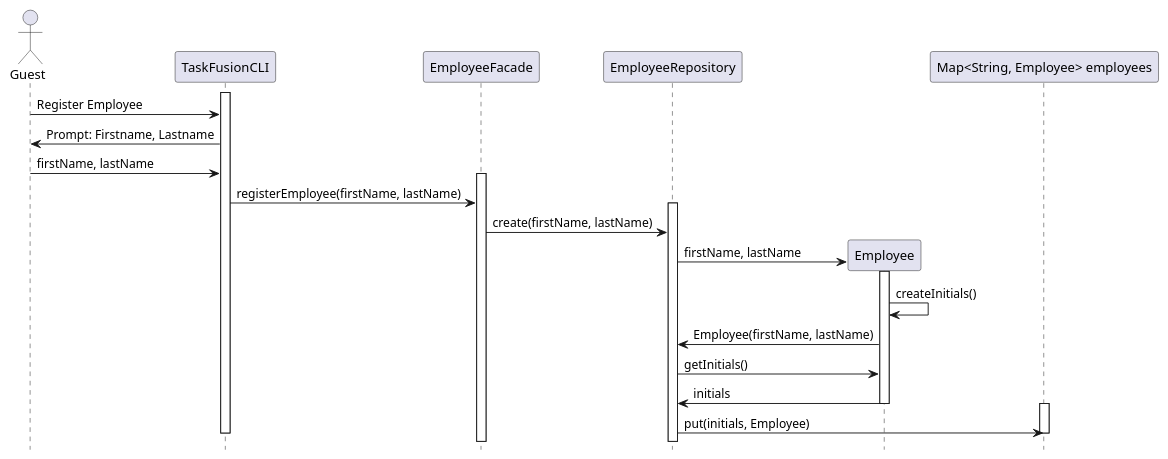
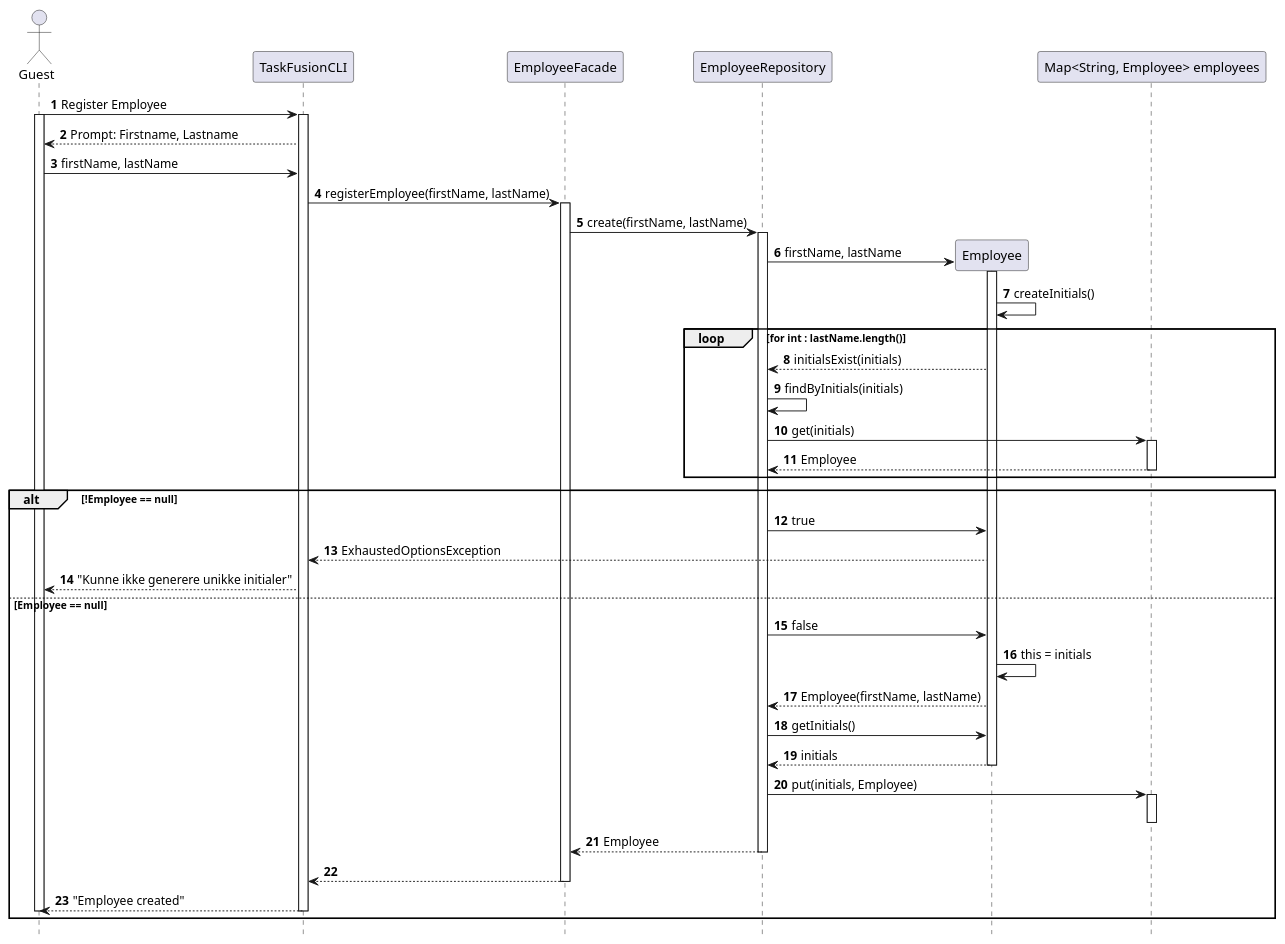
Before and after one commit to rwiuff/02161ExamProject: the diagram in RequirementsAndDesign/SequenceDiagrams/registerEmployee.puml, drawn with PlantUML. The commit also changed 5 other files, not shown here.

```diff
--- a/RequirementsAndDesign/SequenceDiagrams/registerEmployee.puml
+++ b/RequirementsAndDesign/SequenceDiagrams/registerEmployee.puml
@@ -1,29 +1,52 @@
 @startuml seqRegisterEmployee
+autonumber
 hide footbox
 actor "Guest" as guest
 participant "TaskFusionCLI" as app
 participant "EmployeeFacade" as empfacade
 participant "EmployeeRepository" as emprepo
 participant "Employee" as emp
 participant "Map<String, Employee> employees" as emps
-
+guest -> app: Register Employee
+activate guest
 activate app
-guest -> app: Register Employee
-app -> guest: Prompt: Firstname, Lastname
+app --> guest: Prompt: Firstname, Lastname
 guest -> app: firstName, lastName
+app -> empfacade: registerEmployee(firstName, lastName)
 activate empfacade
-app -> empfacade: registerEmployee(firstName, lastName)
+empfacade -> emprepo: create(firstName, lastName)
 activate emprepo
-empfacade -> emprepo: create(firstName, lastName)
 emprepo -> emp**: firstName, lastName
 activate emp
 emp -> emp: createInitials()
-emp -> emprepo: Employee(firstName, lastName)
+loop for int : lastName.length()
+emp --> emprepo: initialsExist(initials)
+emprepo -> emprepo: findByInitials(initials)
+emprepo -> emps: get(initials)
+activate emps
+emps --> emprepo: Employee
+deactivate emps
+end
+alt !Employee == null
+emprepo -> emp: true
+emp --> app: ExhaustedOptionsException
+app --> guest: "Kunne ikke generere unikke initialer"
+else Employee == null
+emprepo -> emp: false
+emp -> emp: this = initials
+emp --> emprepo: Employee(firstName, lastName)
 emprepo -> emp: getInitials()
-emp -> emprepo: initials
+emp --> emprepo: initials
 deactivate emp
+emprepo -> emps: put(initials, Employee)
 activate emps
-emprepo -> emps: put(initials, Employee)
 deactivate emps
+emprepo --> empfacade: Employee
+deactivate emprepo
+return
+deactivate empfacade
+app --> guest: "Employee created"
 deactivate app
+deactivate guest
+end
 @enduml
```
